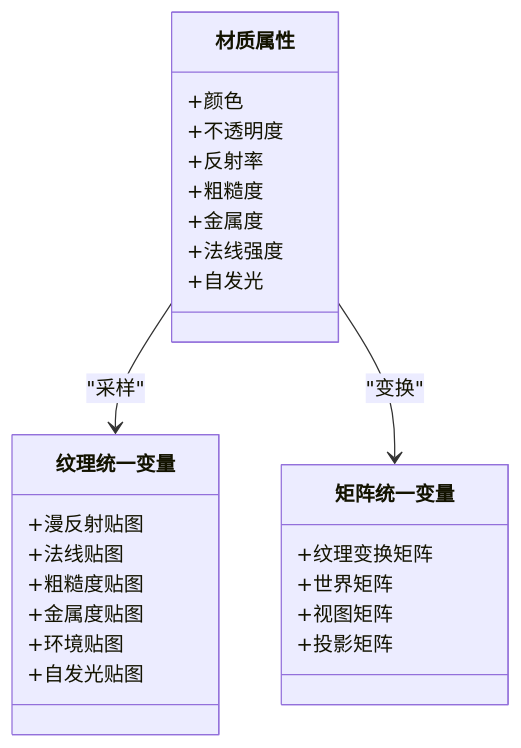
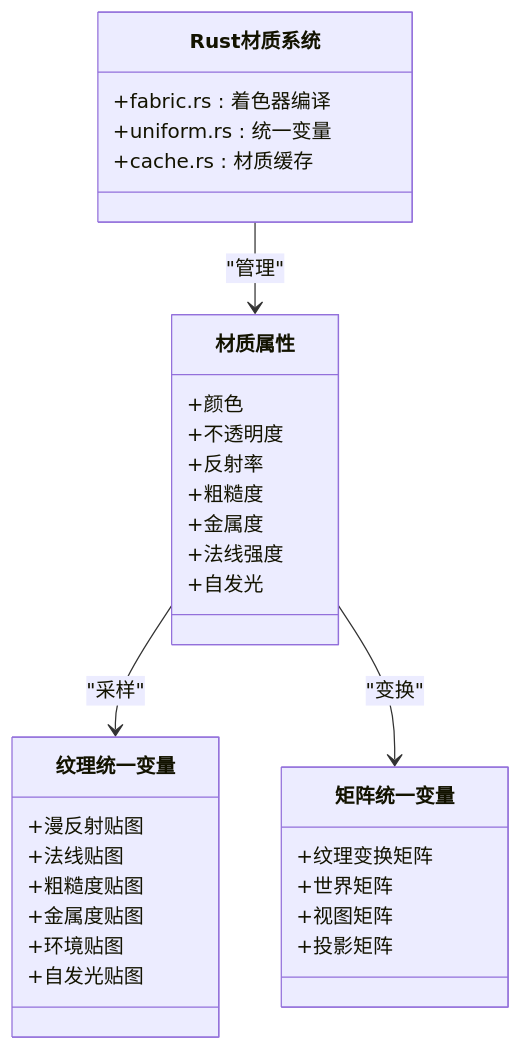
One commit to rzhangjing/cesium changed the third of 10 diagrams in .qoder/repowiki/zh/content/项目概述/核心特性/3D渲染引擎/材质与纹理系统.md. Above: the diagram before and after it, drawn with Mermaid. The commit also changed other lines of this file and 30 other files, not shown here.

````diff
--- a/.qoder/repowiki/zh/content/项目概述/核心特性/3D渲染引擎/材质与纹理系统.md
+++ b/.qoder/repowiki/zh/content/项目概述/核心特性/3D渲染引擎/材质与纹理系统.md
@@ -148,28 +185,34 @@
 ```mermaid
 classDiagram
 class 材质属性 {
 +颜色
 +不透明度
 +反射率
 +粗糙度
 +金属度
 +法线强度
 +自发光
 }
 class 纹理统一变量 {
 +漫反射贴图
 +法线贴图
 +粗糙度贴图
 +金属度贴图
 +环境贴图
 +自发光贴图
 }
 class 矩阵统一变量 {
 +纹理变换矩阵
 +世界矩阵
 +视图矩阵
 +投影矩阵
 }
+class Rust材质系统 {
++fabric.rs : 着色器编译
++uniform.rs : 统一变量
++cache.rs : 材质缓存
+}
 材质属性 --> 纹理统一变量 : "采样"
 材质属性 --> 矩阵统一变量 : "变换"
+Rust材质系统 --> 材质属性 : "管理"
 ```
````
